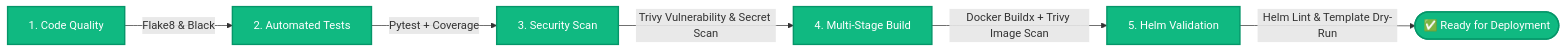
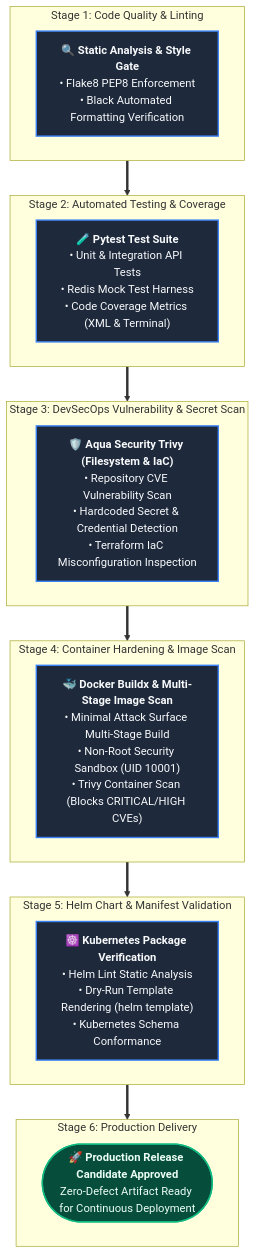
The second of 2 diagrams in README.md (devop-jigyasa/nexus-cloudops-platform), drawn with Mermaid before and after one commit. The commit also changed other lines of this file, not shown here.

Commit message:
docs: redesign DevSecOps pipeline diagram to vertical responsive card layout

````diff
--- a/README.md
+++ b/README.md
@@ -164,11 +164,34 @@
 ```mermaid
-flowchart LR
-    A[1. Code Quality] -->|Flake8 & Black| B[2. Automated Tests]
-    B -->|Pytest + Coverage| C[3. Security Scan]
-    C -->|Trivy Vulnerability & Secret Scan| D[4. Multi-Stage Build]
-    D -->|Docker Buildx + Trivy Image Scan| E[5. Helm Validation]
-    E -->|Helm Lint & Template Dry-Run| F([✅ Ready for Deployment])
+flowchart TD
+    subgraph Stage1 ["Stage 1: Code Quality & Linting"]
+        A["🔍 <b>Static Analysis & Style Gate</b><br/>• Flake8 PEP8 Enforcement<br/>• Black Automated Formatting Verification"]
+    end
 
-    classDef pass fill:#10b981,stroke:#059669,stroke-width:2px,color:#fff;
-    class A,B,C,D,E,F pass;
+    subgraph Stage2 ["Stage 2: Automated Testing & Coverage"]
+        B["🧪 <b>Pytest Test Suite</b><br/>• Unit & Integration API Tests<br/>• Redis Mock Test Harness<br/>• Code Coverage Metrics (XML & Terminal)"]
+    end
+
+    subgraph Stage3 ["Stage 3: DevSecOps Vulnerability & Secret Scan"]
+        C["🛡️ <b>Aqua Security Trivy (Filesystem & IaC)</b><br/>• Repository CVE Vulnerability Scan<br/>• Hardcoded Secret & Credential Detection<br/>• Terraform IaC Misconfiguration Inspection"]
+    end
+
+    subgraph Stage4 ["Stage 4: Container Hardening & Image Scan"]
+        D["🐳 <b>Docker Buildx & Multi-Stage Image Scan</b><br/>• Minimal Attack Surface Multi-Stage Build<br/>• Non-Root Security Sandbox (UID 10001)<br/>• Trivy Container Scan (Blocks CRITICAL/HIGH CVEs)"]
+    end
+
+    subgraph Stage5 ["Stage 5: Helm Chart & Manifest Validation"]
+        E["☸️ <b>Kubernetes Package Verification</b><br/>• Helm Lint Static Analysis<br/>• Dry-Run Template Rendering (helm template)<br/>• Kubernetes Schema Conformance"]
+    end
+
+    subgraph Stage6 ["Stage 6: Production Delivery"]
+        F(["🚀 <b>Production Release Candidate Approved</b><br/>Zero-Defect Artifact Ready for Continuous Deployment"])
+    end
+
+    Stage1 ==> Stage2 ==> Stage3 ==> Stage4 ==> Stage5 ==> Stage6
+
+    classDef card fill:#1e293b,stroke:#3b82f6,stroke-width:2px,color:#f8fafc;
+    classDef success fill:#064e3b,stroke:#10b981,stroke-width:2px,color:#ecfdf5;
+
+    class A,B,C,D,E card;
+    class F success;
 ```
````
